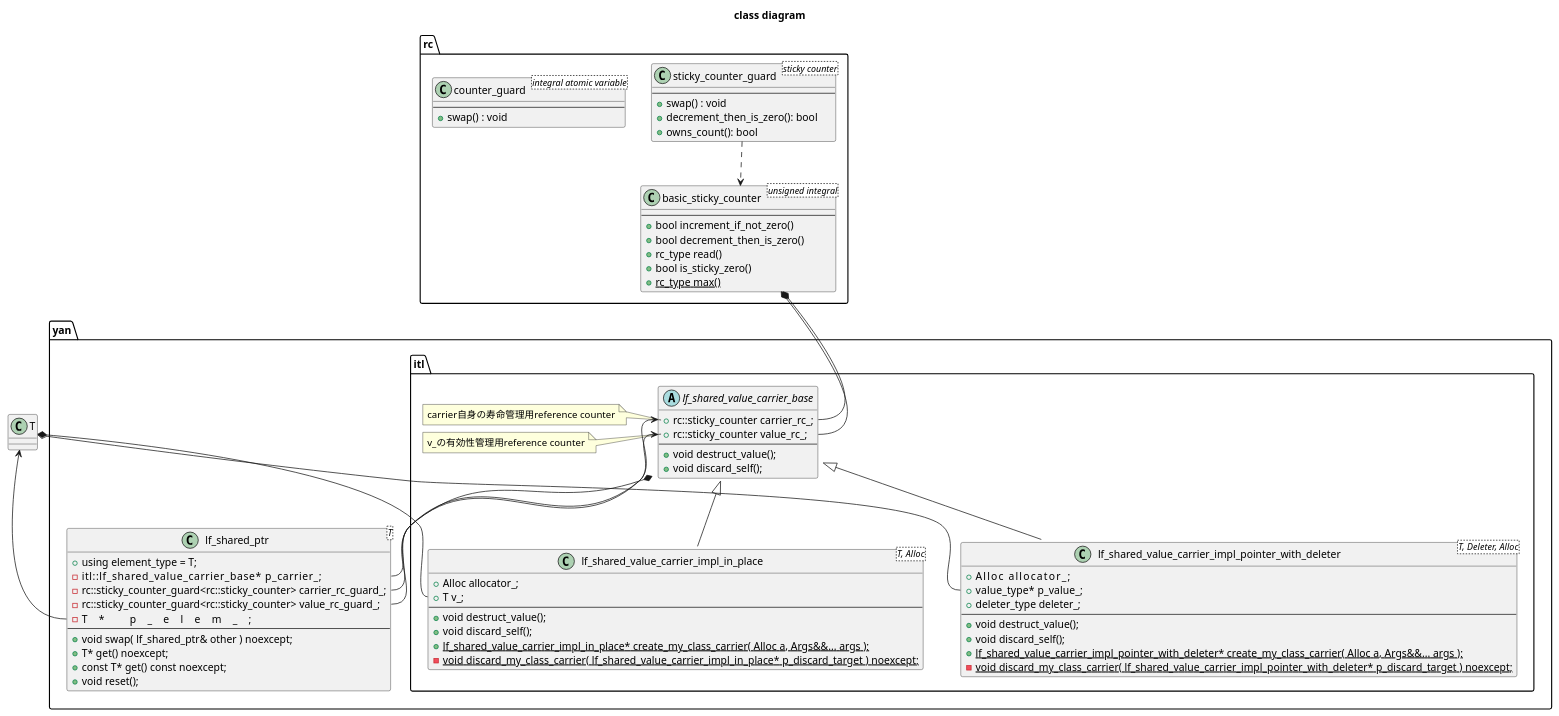
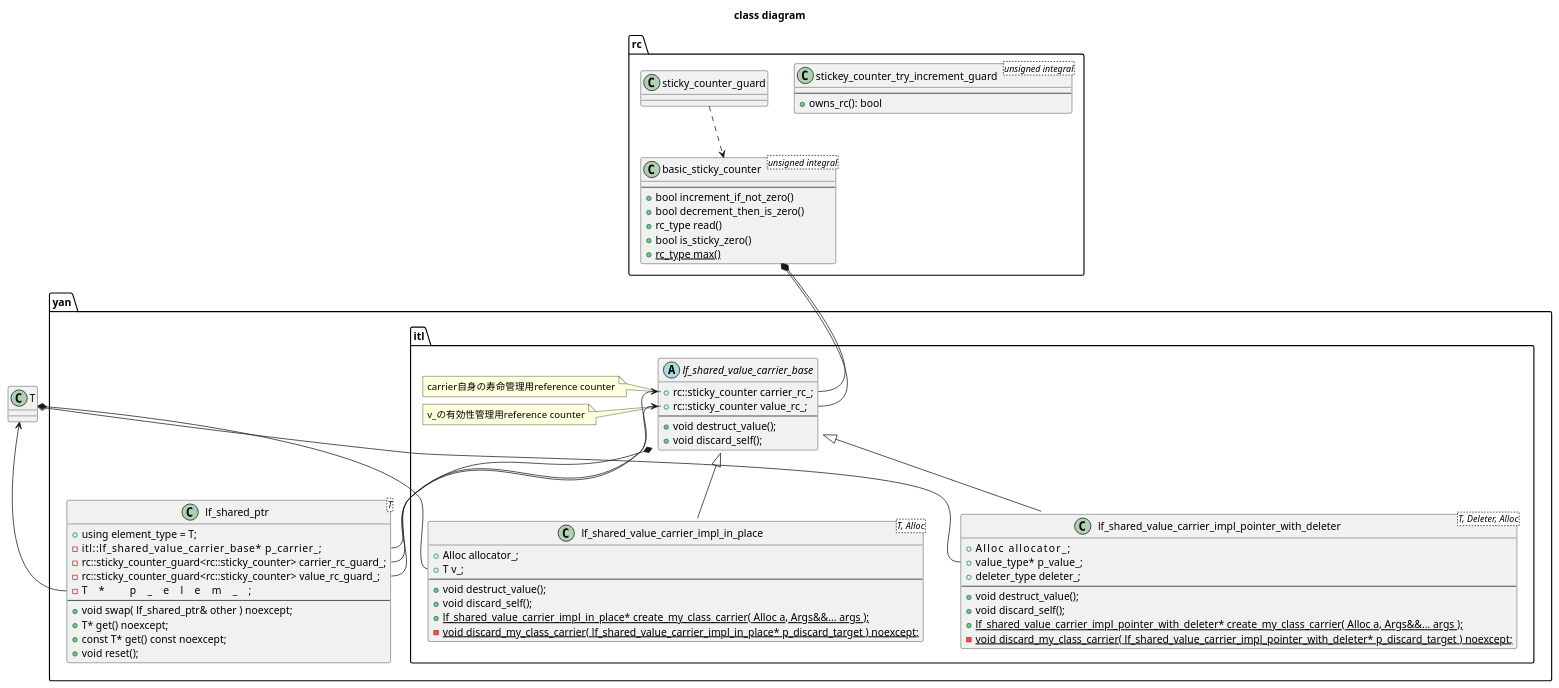
One commit to PFA03027/yan_lf_shared_ptr changed the diagram in doc/class_diagram_lf_shared_ptr.puml. Above: the diagram before and after it, drawn with PlantUML. The commit also changed 2 other files, not shown here.

```diff
--- a/doc/class_diagram_lf_shared_ptr.puml
+++ b/doc/class_diagram_lf_shared_ptr.puml
@@ -1,103 +1,97 @@
 @startuml
 
 title class diagram
 
 class T {}
 
 namespace rc {
 class basic_sticky_counter<unsigned integral> {
   --
   + bool increment_if_not_zero()
   + bool decrement_then_is_zero()
   + rc_type read()
   + bool is_sticky_zero()
   + {static} rc_type max()
 }
 
 
-class sticky_counter_guard<sticky counter> {
+class stickey_counter_try_increment_guard<unsigned integral> {
   --
-  + swap() : void
-  + decrement_then_is_zero(): bool
-  + owns_count(): bool
+  + owns_rc(): bool
 }
 
 sticky_counter_guard ..> basic_sticky_counter
 
-class counter_guard<integral atomic variable> {
-  --
-  + swap() : void
-}
 
 }
 
 namespace yan {
 namespace itl {
 
 abstract lf_shared_value_carrier_base {
   + rc::sticky_counter carrier_rc_;
   + rc::sticky_counter value_rc_;
   --
   + void destruct_value(); 
   + void discard_self();
 }
 note left of lf_shared_value_carrier_base::carrier_rc_
   carrier自身の寿命管理用reference counter
 end note
 note left of lf_shared_value_carrier_base::value_rc_
   v_の有効性管理用reference counter
 end note
 
 basic_sticky_counter *-- lf_shared_value_carrier_base::carrier_rc_
 basic_sticky_counter *-- lf_shared_value_carrier_base::value_rc_
 
 
 class lf_shared_value_carrier_impl_in_place<T, Alloc> {
   + Alloc allocator_;
   + T v_;
   --
   + void destruct_value(); 
   + void discard_self();
   + {static} lf_shared_value_carrier_impl_in_place* create_my_class_carrier( Alloc a, Args&&... args );
     - {static} void discard_my_class_carrier( lf_shared_value_carrier_impl_in_place* p_discard_target ) noexcept;
 }
 T *-- lf_shared_value_carrier_impl_in_place::v_
 
 class lf_shared_value_carrier_impl_pointer_with_deleter<T, Deleter, Alloc> {
   + Alloc        allocator_;
   + value_type*  p_value_;
   + deleter_type deleter_;
   --
   + void destruct_value(); 
   + void discard_self();
   + {static} lf_shared_value_carrier_impl_pointer_with_deleter* create_my_class_carrier( Alloc a, Args&&... args );
     - {static} void discard_my_class_carrier( lf_shared_value_carrier_impl_pointer_with_deleter* p_discard_target ) noexcept;
 }
 T o-- lf_shared_value_carrier_impl_pointer_with_deleter::p_value_
 
 lf_shared_value_carrier_base <|-- lf_shared_value_carrier_impl_in_place
 lf_shared_value_carrier_base <|-- lf_shared_value_carrier_impl_pointer_with_deleter
 
 }
 
 class lf_shared_ptr<T> {
   + using element_type = T;
     - itl::lf_shared_value_carrier_base*           p_carrier_;
   - rc::sticky_counter_guard<rc::sticky_counter> carrier_rc_guard_;
   - rc::sticky_counter_guard<rc::sticky_counter> value_rc_guard_;
   - T*                                           p_elem_;
   --
   + void swap( lf_shared_ptr& other ) noexcept;
   + T* get() noexcept;
   + const T* get() const noexcept;
   + void reset();
 }
 lf_shared_value_carrier_base *-- lf_shared_ptr::p_carrier_
 lf_shared_value_carrier_base::carrier_rc_ <-- lf_shared_ptr::carrier_rc_guard_
 lf_shared_value_carrier_base::value_rc_ <-- lf_shared_ptr::value_rc_guard_
 T <-- lf_shared_ptr::p_elem_
 
 }
 
 
 @enduml
```
